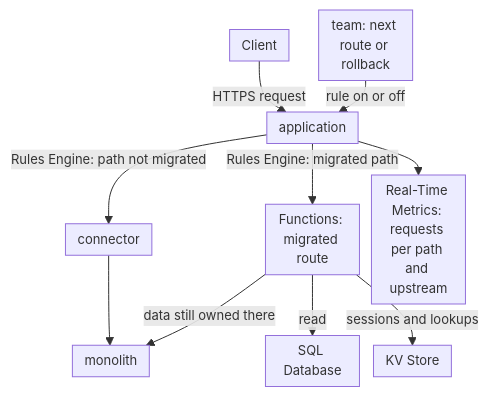
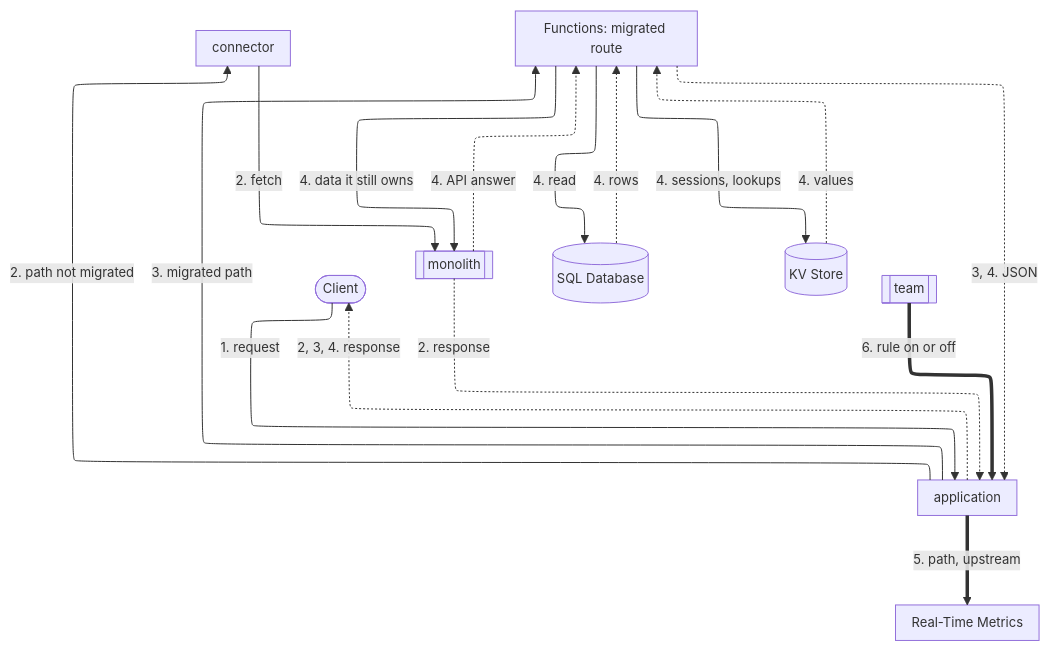
Before and after one commit to aziontech/docs: the diagram in apps/docs/src/content/docs/en/pages/use-cases/build-and-run-applications/modernize-a-monolithic-application-without-a-rewrite.mdx, drawn with Mermaid. The commit also changed other lines of this file and 55 other files, not shown here.

Commit message:
docs(use-cases): redraw the use-case diagrams with the way back and check their claims (#2509)

````diff
--- a/apps/docs/src/content/docs/en/pages/use-cases/build-and-run-applications/modernize-a-monolithic-application-without-a-rewrite.mdx
+++ b/apps/docs/src/content/docs/en/pages/use-cases/build-and-run-applications/modernize-a-monolithic-application-without-a-rewrite.mdx
@@ -40,13 +42,28 @@
 ```mermaid
-%%{init: {"layout": "dagre", "themeVariables": {"fontSize": "13px"}, "flowchart": {"nodeSpacing": 12, "rankSpacing": 12, "padding": 6, "wrappingWidth": 70, "minNodeWidth": 40, "useMaxWidth": true}}}%%
+%%{init: {"layout": "elk", "elk": {"preset": "modelOrder", "keepEntryNodeOnTop": true}, "themeVariables": {"fontSize": "13px"}, "flowchart": {"nodeSpacing": 24, "rankSpacing": 36, "padding": 8, "wrappingWidth": 150, "useMaxWidth": true}, "sequence": {"width": 120, "actorMargin": 30, "useMaxWidth": true}}}%%
 flowchart TD
-  Client["Client"] -->|"HTTPS request"| App["application"]
-  App -->|"Rules Engine: path not migrated"| Conn["connector"]
-  Conn --> Monolith["monolith"]
-  App -->|"Rules Engine: migrated path"| Fn["Functions: migrated route"]
-  Fn -->|"read"| SQL["SQL Database"]
-  Fn -->|"sessions and lookups"| KV["KV Store"]
-  Fn -->|"data still owned there"| Monolith
-  App --> Metrics["Real-Time Metrics: requests per path and upstream"]
-  Team["team: next route or rollback"] -->|"rule on or off"| App
+  Client(["Client"])
+  App["application"]
+  Conn["connector"]
+  Monolith[["monolith"]]
+  Fn["Functions: migrated route"]
+  SQL[("SQL Database")]
+  KV[("KV Store")]
+  Metrics["Real-Time Metrics"]
+  Team[["team"]]
+  Client -->|"1. request"| App
+  App -->|"2. path not migrated"| Conn
+  Conn -->|"2. fetch"| Monolith
+  App -->|"3. migrated path"| Fn
+  Fn -->|"4. read"| SQL
+  Fn -->|"4. sessions, lookups"| KV
+  Fn -->|"4. data it still owns"| Monolith
+  Monolith -.->|"2. response"| App
+  Monolith -.->|"4. API answer"| Fn
+  SQL -.->|"4. rows"| Fn
+  KV -.->|"4. values"| Fn
+  Fn -.->|"3, 4. JSON"| App
+  App -.->|"2, 3, 4. response"| Client
+  App ==>|"5. path, upstream"| Metrics
+  Team ==>|"6. rule on or off"| App
 ```
````
